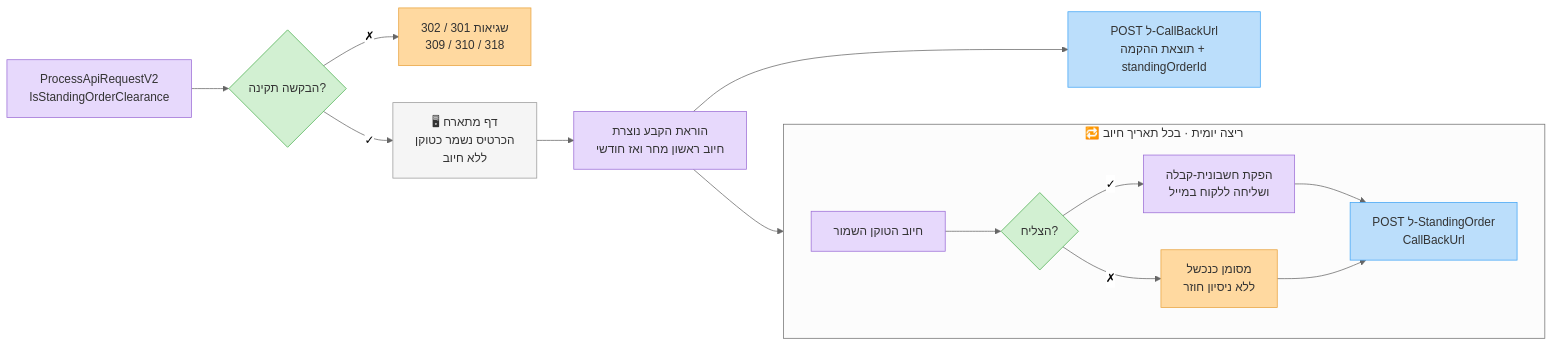
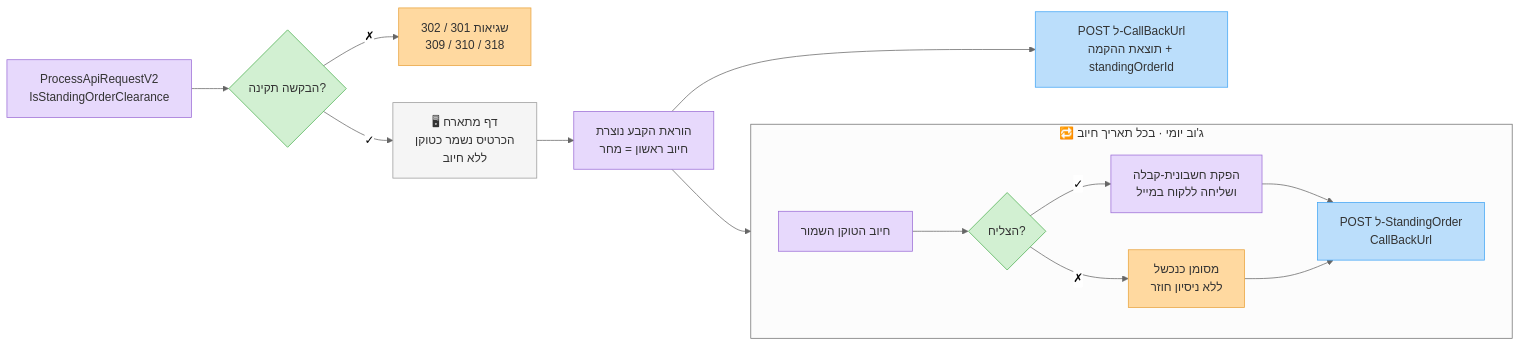
One commit to invoice4udev-hue/i4u-docs changed the diagram in he/clearing/standing-orders.md. Above: the diagram before and after it, drawn with Mermaid (neutral theme). The commit also changed other lines of this file and 1 other file, not shown here.

````diff
--- a/he/clearing/standing-orders.md
+++ b/he/clearing/standing-orders.md
@@ -11,21 +13,21 @@
 ```mermaid
 flowchart LR
     classDef step fill:#E7D9FC,stroke:#9B6DD6,color:#333
     classDef dec fill:#D2F0D2,stroke:#4CAF50,color:#333
     classDef err fill:#FFD9A0,stroke:#E8A33D,color:#333
     classDef cb fill:#BBDEFB,stroke:#42A5F5,color:#333
     classDef page fill:#F5F5F5,stroke:#999,color:#333
 
     A[ProcessApiRequestV2<br/>IsStandingOrderClearance]:::step --> B{הבקשה תקינה?}:::dec
     B -- ✗ --> E1[שגיאות 301 / 302<br/>309 / 310 / 318]:::err
     B -- ✓ --> C[🖥 דף מתארח<br/>הכרטיס נשמר כטוקן<br/>ללא חיוב]:::page
-    C --> D[הוראת הקבע נוצרת<br/>חיוב ראשון מחר ואז חודשי]:::step
+    C --> D[הוראת הקבע נוצרת<br/>חיוב ראשון = מחר]:::step
     D --> F[POST ל-CallBackUrl<br/>תוצאת ההקמה + standingOrderId]:::cb
     D --> L
-    subgraph L[🔁 ריצה יומית · בכל תאריך חיוב]
+    subgraph L[🔁 ג'וב יומי · בכל תאריך חיוב]
         direction LR
         M[חיוב הטוקן השמור]:::step --> N{הצליח?}:::dec
         N -- ✓ --> O[הפקת חשבונית-קבלה<br/>ושליחה ללקוח במייל]:::step --> P[POST ל-StandingOrder<br/>CallBackUrl]:::cb
         N -- ✗ --> Q[מסומן כנכשל<br/>ללא ניסיון חוזר]:::err --> P
     end
 ```
````
